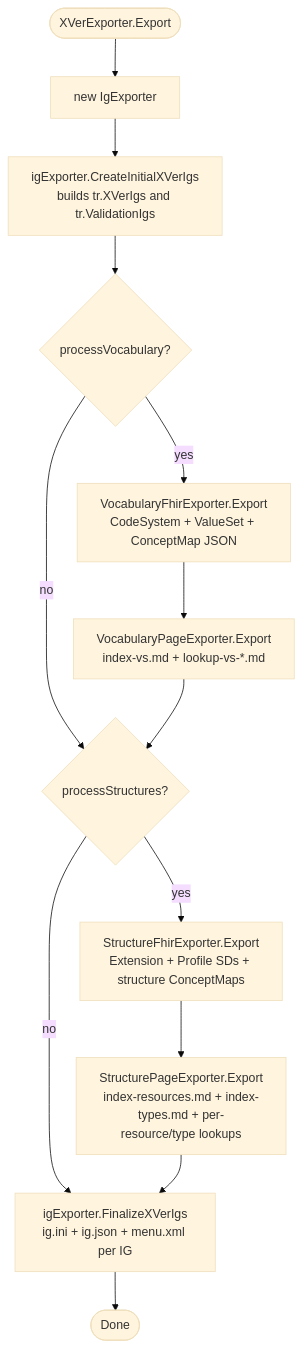
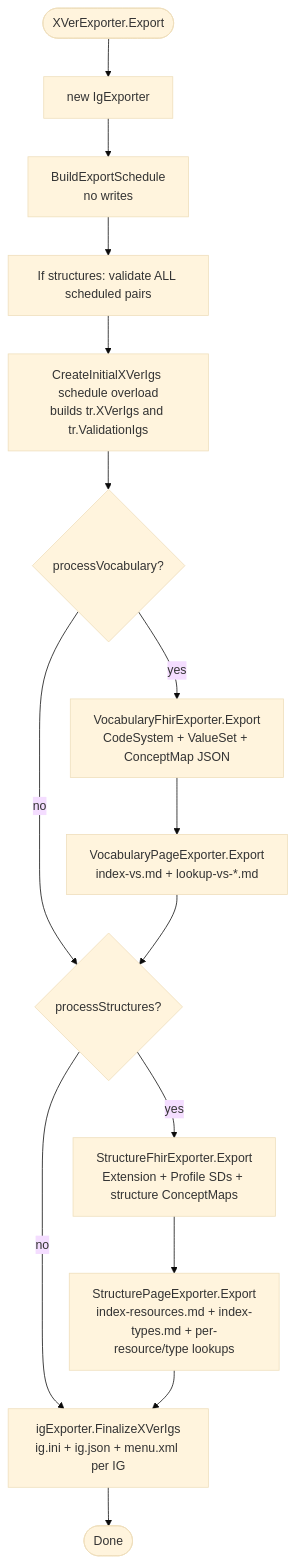
Before and after one commit to FHIR/fhir-codegen: the second of 2 diagrams in docs/specs/xver-exporter-export.md, drawn with Mermaid (base theme). The commit also changed other lines of this file and 8 other files, not shown here.

````diff
--- a/docs/specs/xver-exporter-export.md
+++ b/docs/specs/xver-exporter-export.md
@@ -242,17 +267,19 @@
 ```mermaid
 flowchart TD
     Start([XVerExporter.Export]) --> NewIg[new IgExporter]
-    NewIg --> CreateIgs[igExporter.CreateInitialXVerIgs<br/>builds tr.XVerIgs and tr.ValidationIgs]
+    NewIg --> Schedule[BuildExportSchedule<br/>no writes]
+    Schedule --> Preflight[If structures: validate ALL scheduled pairs]
+    Preflight --> CreateIgs[CreateInitialXVerIgs schedule overload<br/>builds tr.XVerIgs and tr.ValidationIgs]
 
     CreateIgs --> Vocab{processVocabulary?}
     Vocab -->|yes| VFhir[VocabularyFhirExporter.Export<br/>CodeSystem + ValueSet + ConceptMap JSON]
     VFhir --> VPage[VocabularyPageExporter.Export<br/>index-vs.md + lookup-vs-*.md]
     Vocab -->|no| Struct{processStructures?}
     VPage --> Struct
 
     Struct -->|yes| SFhir[StructureFhirExporter.Export<br/>Extension + Profile SDs + structure ConceptMaps]
     SFhir --> SPage[StructurePageExporter.Export<br/>index-resources.md + index-types.md + per-resource/type lookups]
     Struct -->|no| Final[igExporter.FinalizeXVerIgs<br/>ig.ini + ig.json + menu.xml per IG]
     SPage --> Final
     Final --> End([Done])
 ```
````
